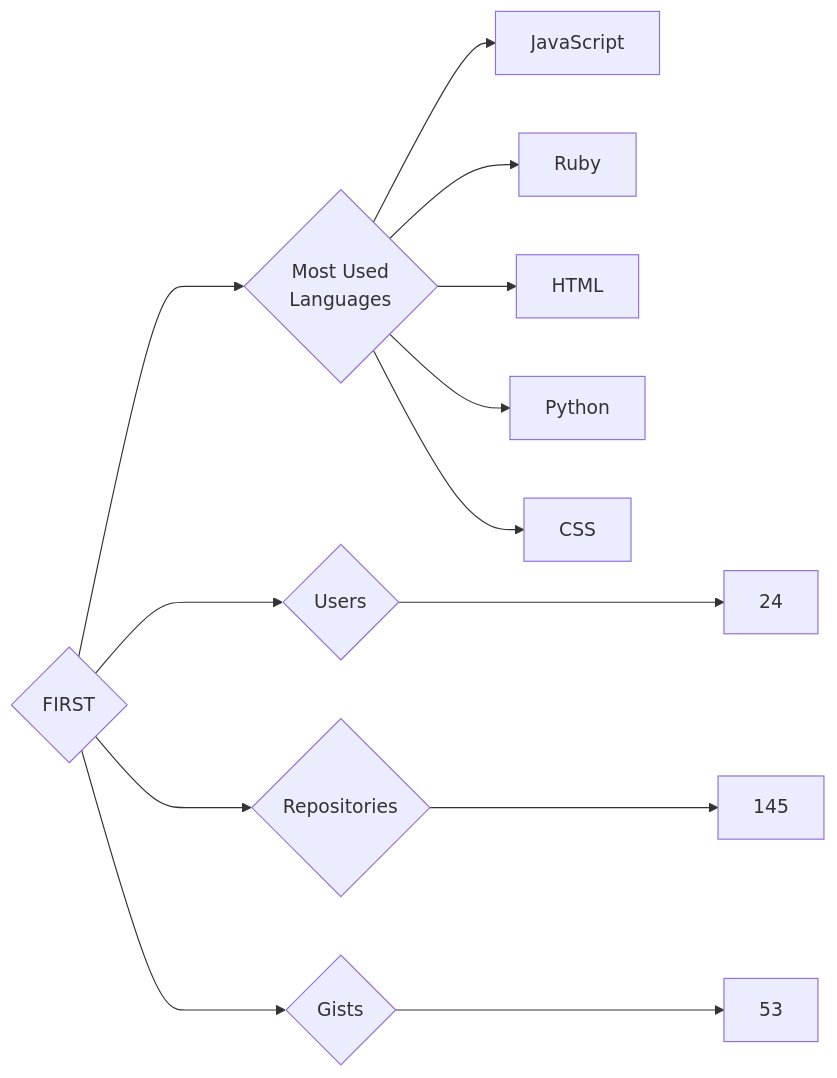
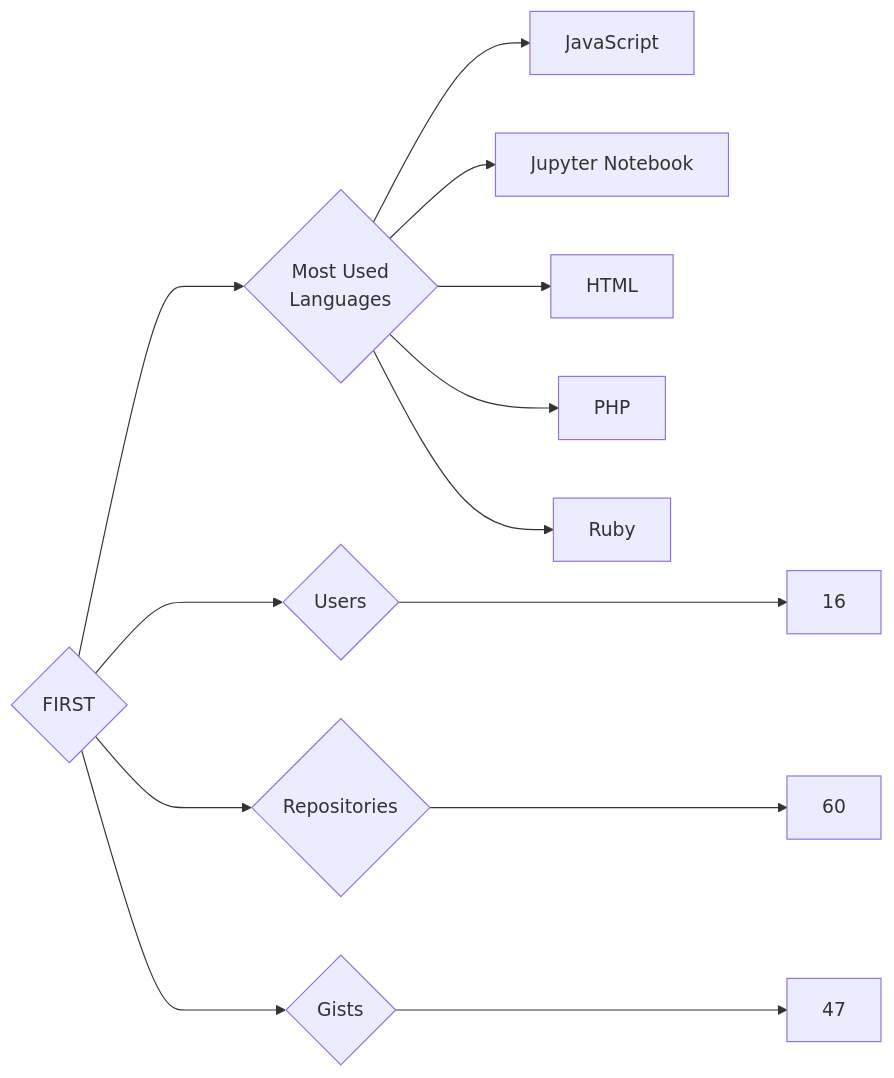
Before and after one commit to trickest/insiders: the diagram in targets/FIRST/README.md, drawn with Mermaid. The commit also changed 775 other files, not shown here.

````diff
--- a/targets/FIRST/README.md
+++ b/targets/FIRST/README.md
@@ -3,13 +3,13 @@
 ```mermaid
 graph LR
 COMPANY_NAME{FIRST}
-COMPANY_NAME ---> U{Users} ---> UN[24]
-COMPANY_NAME ---> R{Repositories} ---> RN[145]
-COMPANY_NAME ---> G{Gists} ---> GN[53]
+COMPANY_NAME ---> U{Users} ---> UN[16]
+COMPANY_NAME ---> R{Repositories} ---> RN[60]
+COMPANY_NAME ---> G{Gists} ---> GN[47]
 COMPANY_NAME ---> ML{Most Used<br>Languages}
 ML --> JavaScript[JavaScript]
+ML --> Jupyter_Notebook[Jupyter Notebook]
+ML --> HTML[HTML]
+ML --> PHP[PHP]
 ML --> Ruby[Ruby]
-ML --> HTML[HTML]
-ML --> Python[Python]
-ML --> CSS[CSS]
 ```
````
